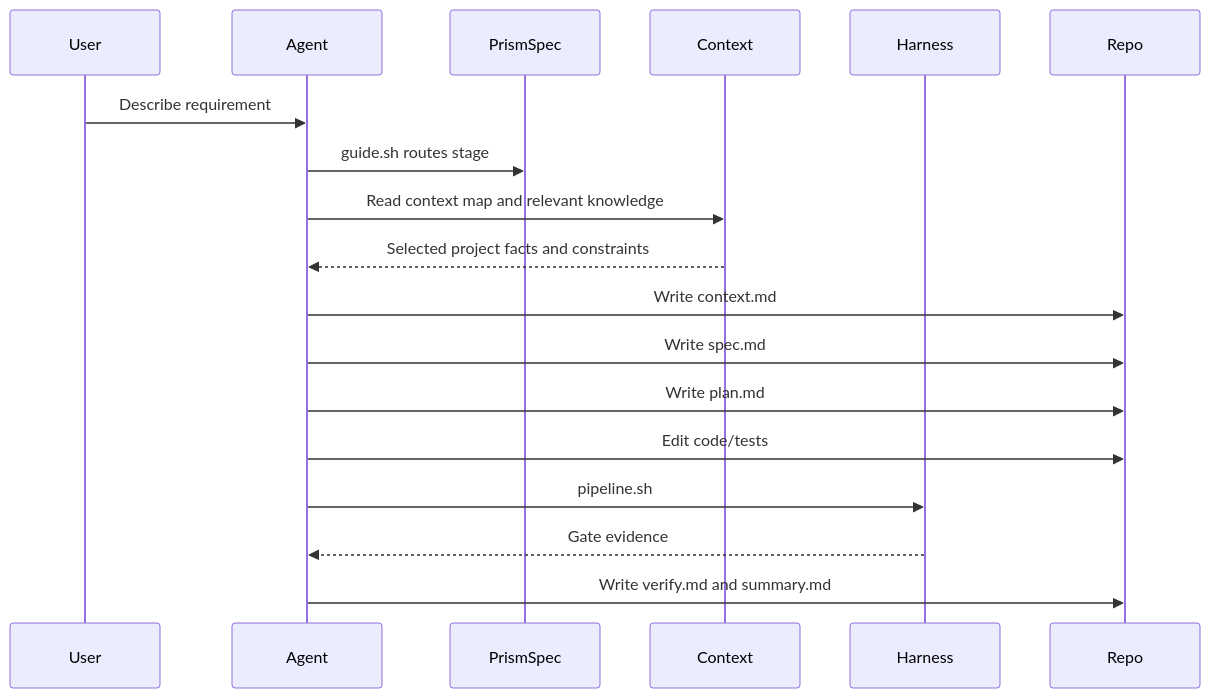
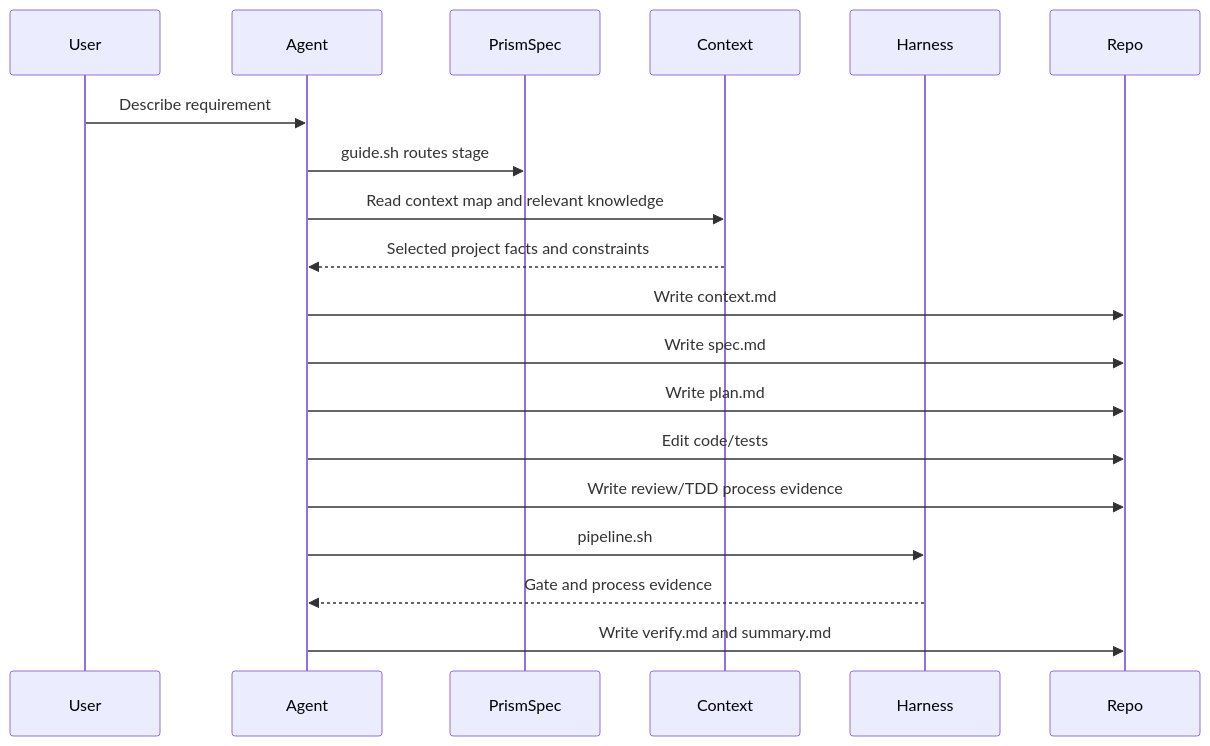
The second of 2 diagrams in docs/wiki/overall-design.md (zdolphin07-dotcom/lattice), drawn with Mermaid before and after one commit. The commit also changed other lines of this file and 18 other files, not shown here.

Commit message:
structure review and tdd evidence

````diff
--- a/docs/wiki/overall-design.md
+++ b/docs/wiki/overall-design.md
@@ -74,21 +74,22 @@
 ```mermaid
 sequenceDiagram
     participant User
     participant Agent
     participant PS as PrismSpec
     participant K as Context
     participant H as Harness
     participant Repo
 
     User->>Agent: Describe requirement
     Agent->>PS: guide.sh routes stage
     Agent->>K: Read context map and relevant knowledge
     K-->>Agent: Selected project facts and constraints
     Agent->>Repo: Write context.md
     Agent->>Repo: Write spec.md
     Agent->>Repo: Write plan.md
     Agent->>Repo: Edit code/tests
+    Agent->>Repo: Write review/TDD process evidence
     Agent->>H: pipeline.sh
-    H-->>Agent: Gate evidence
+    H-->>Agent: Gate and process evidence
     Agent->>Repo: Write verify.md and summary.md
 ```
````
